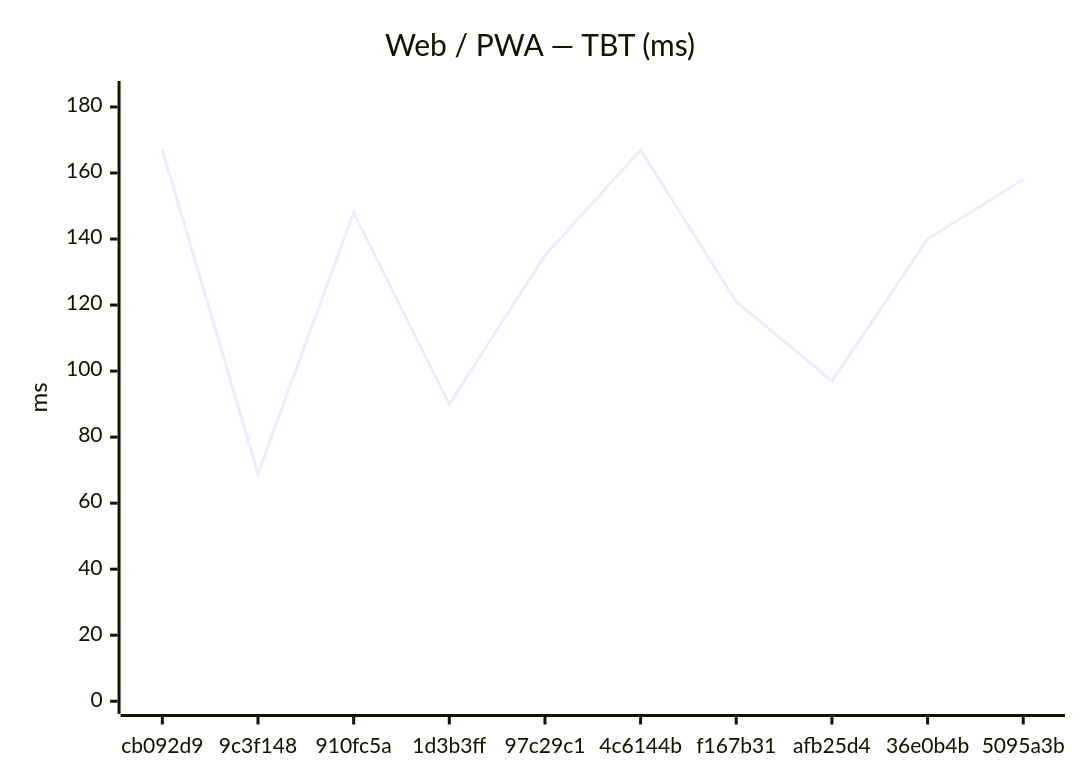
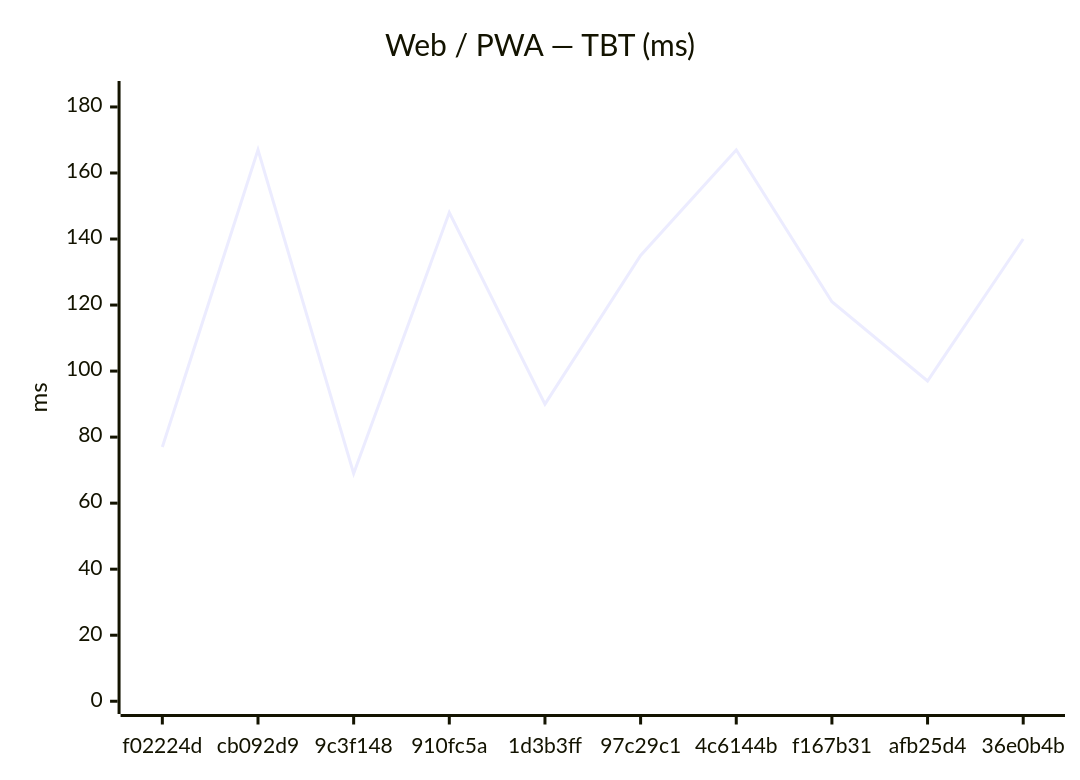
The second of 18 diagrams in benchmarks/compare.md (Metaheurist/Rianell), drawn with Mermaid before and after one commit. The commit also changed other lines of this file and 11 other files, not shown here.

````diff
--- a/benchmarks/compare.md
+++ b/benchmarks/compare.md
@@ -31,7 +31,7 @@
 ```mermaid
 xychart-beta
     title "Web / PWA — TBT (ms)"
-    x-axis ["cb092d9", "9c3f148", "910fc5a", "1d3b3ff", "97c29c1", "4c6144b", "f167b31", "afb25d4", "36e0b4b", "5095a3b"]
+    x-axis ["f02224d", "cb092d9", "9c3f148", "910fc5a", "1d3b3ff", "97c29c1", "4c6144b", "f167b31", "afb25d4", "36e0b4b"]
     y-axis "ms" 0 --> 184
-    line [167, 69, 148, 90, 135, 167, 121, 97, 140, 158]
+    line [77, 167, 69, 148, 90, 135, 167, 121, 97, 140]
 ```
````
